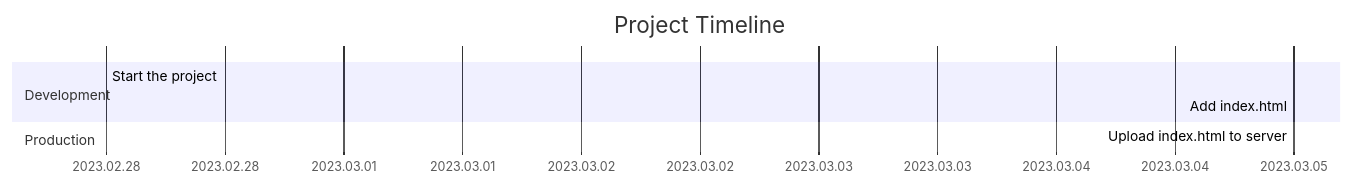
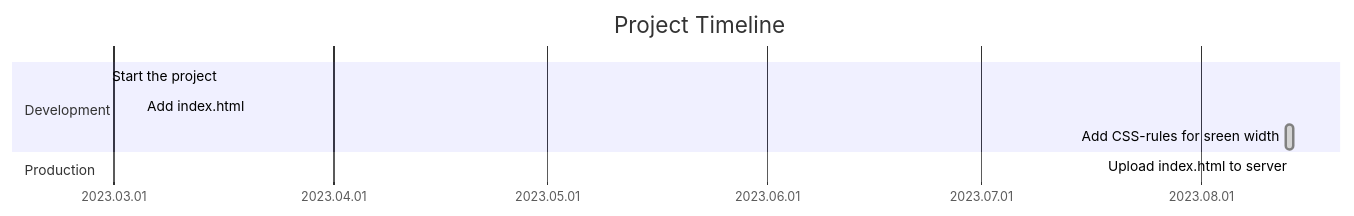
The first of 2 diagrams in README.md (tropintropin/tropin), drawn with Mermaid before and after one commit. The commit also changed other lines of this file, not shown here.

````diff
--- a/README.md
+++ b/README.md
@@ -21,12 +21,13 @@
 ```mermaid
 gantt
 title       Project Timeline
 dateFormat  YYYY.MM.DD
 axisFormat  %Y.%m.%d
 excludes    
 section     Development
 Start the project			:mileston,      2023.02.28,
 Add index.html				:mileston,		2023.03.05,
+Add CSS-rules for sreen width   :done,  css0,   2023.08.13, 1d
 section     Production
 Upload index.html to server	:done,
 ```
````
